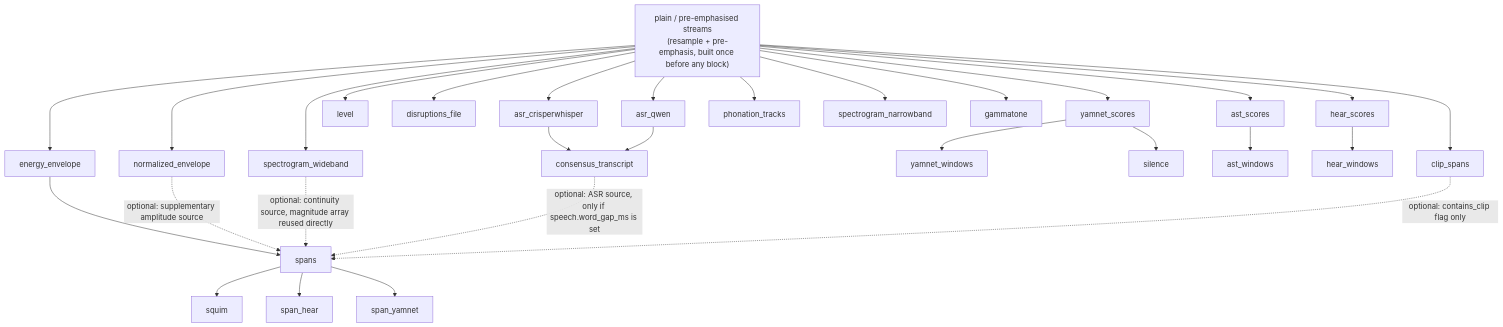
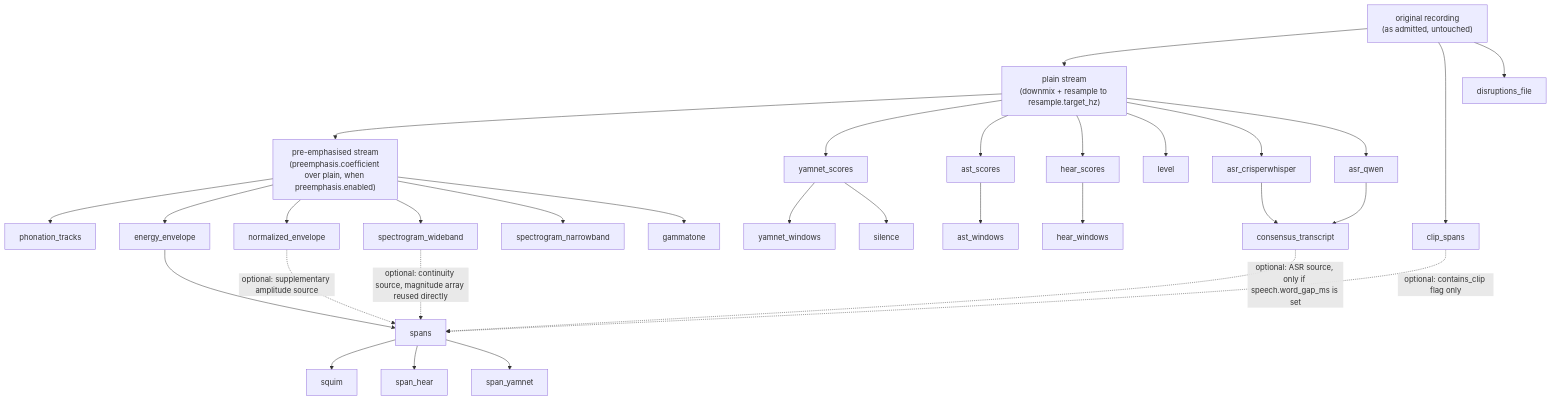
Before and after one commit to sensein/senselab: the second of 2 diagrams in specs/20260817-triage-workflow-dag/dag.md, drawn with Mermaid. The commit also changed other lines of this file, not shown here.

Commit message:
docs(triage): split PREPROCESS's mermaid diagram into its three real streams
The internal dependency diagram previously collapsed "plain" and "pre-emphasised"
into one combined streams node. Split into original recording -> plain -> sharp
(pre-emphasised), each block redirected to whichever one it actually reads,
verified against the exact audio argument each call site passes (not docstrings
or names) -- including normalized_envelope, which runs on the pre-emphasised
signal despite what its name might suggest.

````diff
--- a/specs/20260817-triage-workflow-dag/dag.md
+++ b/specs/20260817-triage-workflow-dag/dag.md
@@ -124,37 +137,44 @@
 ```mermaid
 flowchart TD
-    streams["plain / pre-emphasised streams<br/>(resample + pre-emphasis, built once before any block)"]
+    original["original recording<br/>(as admitted, untouched)"]
+    plain["plain stream<br/>(downmix + resample to resample.target_hz)"]
+    preemphasised["pre-emphasised stream<br/>(preemphasis.coefficient over plain, when preemphasis.enabled)"]
 
-    streams --> clip_spans
-    streams --> yamnet_scores
-    streams --> ast_scores
-    streams --> hear_scores
-    streams --> level
-    streams --> disruptions_file
-    streams --> asr_crisperwhisper
-    streams --> asr_qwen
-    streams --> phonation_tracks
-    streams --> energy_envelope
-    streams --> normalized_envelope
-    streams --> spectrogram_wideband
-    streams --> spectrogram_narrowband
-    streams --> gammatone
+    original --> plain
+    plain --> preemphasised
+
+    original --> clip_spans
+    original --> disruptions_file
+
+    plain --> yamnet_scores
+    plain --> ast_scores
+    plain --> hear_scores
+    plain --> level
+    plain --> asr_crisperwhisper
+    plain --> asr_qwen
+
+    preemphasised --> phonation_tracks
+    preemphasised --> energy_envelope
+    preemphasised --> normalized_envelope
+    preemphasised --> spectrogram_wideband
+    preemphasised --> spectrogram_narrowband
+    preemphasised --> gammatone
 
     yamnet_scores --> yamnet_windows
     yamnet_scores --> silence
     ast_scores --> ast_windows
     hear_scores --> hear_windows
 
     asr_crisperwhisper --> consensus_transcript
     asr_qwen --> consensus_transcript
 
     energy_envelope --> spans
     normalized_envelope -.->|"optional: supplementary amplitude source"| spans
     spectrogram_wideband -.->|"optional: continuity source, magnitude array reused directly"| spans
     consensus_transcript -.->|"optional: ASR source, only if speech.word_gap_ms is set"| spans
     clip_spans -.->|"optional: contains_clip flag only"| spans
 
     spans --> squim
     spans --> span_hear
     spans --> span_yamnet
 ```
````
